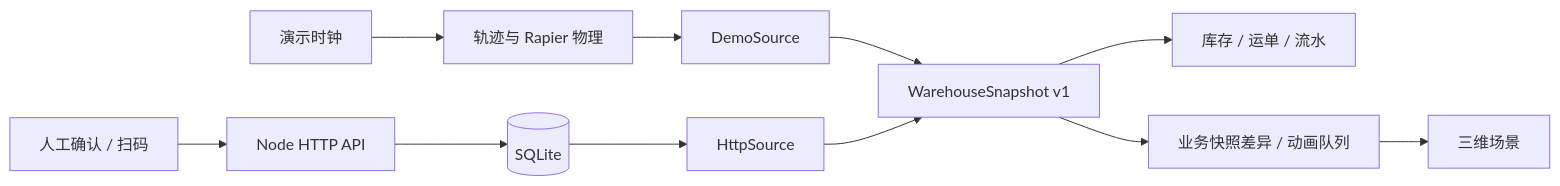
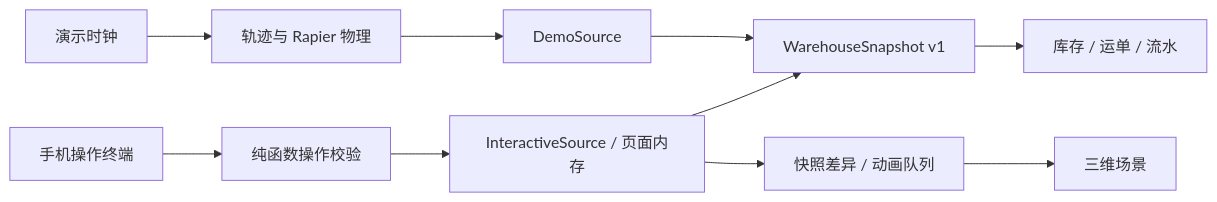
Before and after one commit to workbzw/plantbox: the diagram in docs/architecture.md, drawn with Mermaid. The commit also changed other lines of this file and 17 other files, not shown here.

````diff
--- a/docs/architecture.md
+++ b/docs/architecture.md
@@ -14,13 +14,12 @@
 ```mermaid
 flowchart LR
     Clock[演示时钟] --> Physics[轨迹与 Rapier 物理]
     Physics --> Demo[DemoSource]
-    Operator[人工确认 / 扫码] --> API[Node HTTP API]
-    API --> DB[(SQLite)]
-    DB --> HTTP[HttpSource]
+    Operator[手机操作终端] --> Rules[纯函数操作校验]
+    Rules --> Interactive[InteractiveSource / 页面内存]
     Demo --> Snapshot[WarehouseSnapshot v1]
-    HTTP --> Snapshot
+    Interactive --> Snapshot
     Snapshot --> Pages[库存 / 运单 / 流水]
-    Snapshot --> Playback[业务快照差异 / 动画队列]
+    Interactive --> Playback[快照差异 / 动画队列]
     Playback --> Scene[三维场景]
 ```
````
